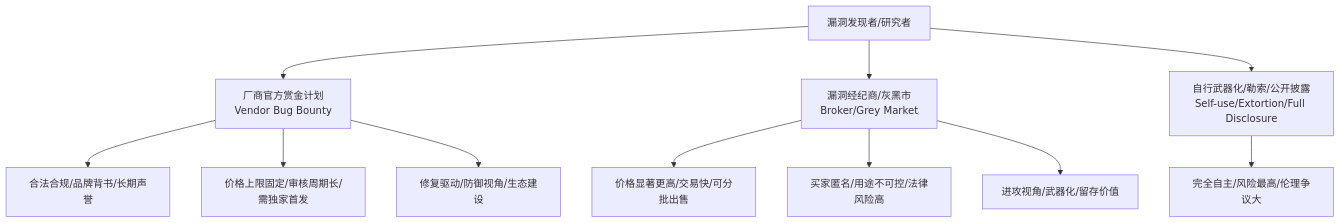
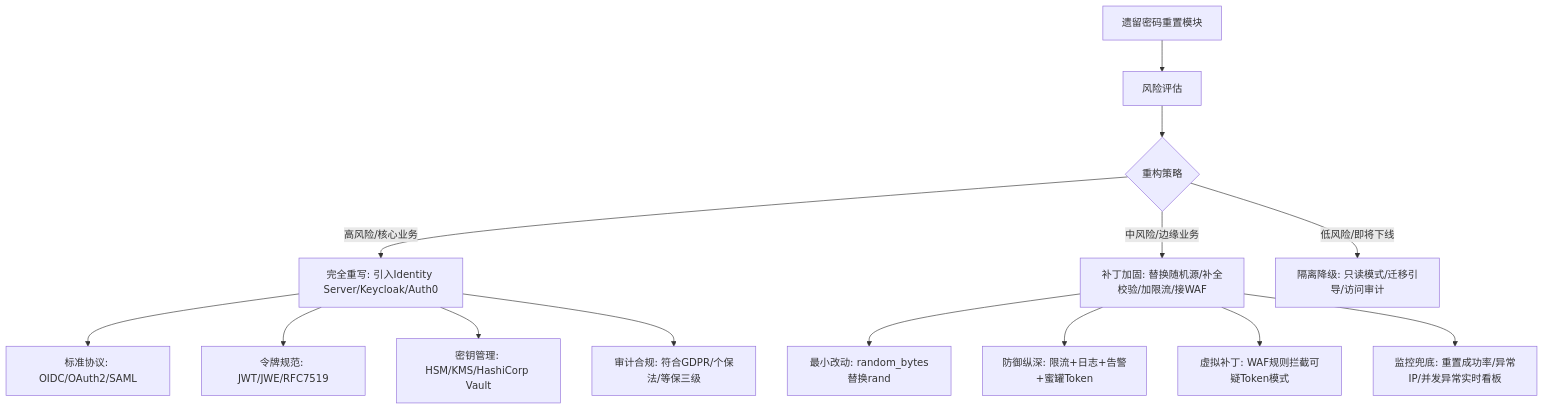
One commit to OpenDocCN1/sec-llm-wiki changed the fifth of 5 diagrams in pages/301-zai-lushang-wechat-archive-201508-202208.md. Above: the diagram before and after it, drawn with Mermaid. The commit also changed other lines of this file and 5 other files, not shown here.

````diff
--- a/pages/301-zai-lushang-wechat-archive-201508-202208.md
+++ b/pages/301-zai-lushang-wechat-archive-201508-202208.md
@@ -1080,16 +620,18 @@
 ```mermaid
 graph TB
-A[漏洞发现者/研究者] --> B[厂商官方赏金计划<br/>Vendor Bug Bounty]
-A --> C[漏洞经纪商/灰黑市<br/>Broker/Grey Market]
-A --> D[自行武器化/勒索/公开披露<br/>Self-use/Extortion/Full Disclosure]
+A[遗留密码重置模块] --> B[风险评估]
+B --> C{重构策略}
+C -->|高风险/核心业务| D[完全重写: 引入Identity Server/Keycloak/Auth0]
+C -->|中风险/边缘业务| E[补丁加固: 替换随机源/补全校验/加限流/接WAF]
+C -->|低风险/即将下线| F[隔离降级: 只读模式/迁移引导/访问审计]
 
-B --> B1[合法合规/品牌背书/长期声誉]
-B --> B2[价格上限固定/审核周期长/需独家首发]
-B --> B3[修复驱动/防御视角/生态建设]
+D --> D1[标准协议: OIDC/OAuth2/SAML]
+D --> D2[令牌规范: JWT/JWE/RFC7519]
+D --> D3[密钥管理: HSM/KMS/HashiCorp Vault]
+D --> D4[审计合规: 符合GDPR/个保法/等保三级]
 
-C --> C1[价格显著更高/交易快/可分批出售]
-C --> C2[买家匿名/用途不可控/法律风险高]
-C --> C3[进攻视角/武器化/留存价值]
-
-D --> D1[完全自主/风险最高/伦理争议大]
+E --> E1[最小改动: random_bytes替换rand]
+E --> E2[防御纵深: 限流+日志+告警+蜜罐Token]
+E --> E3[虚拟补丁: WAF规则拦截可疑Token模式]
+E --> E4[监控兜底: 重置成功率/异常IP/并发异常实时看板]
 ```
````
